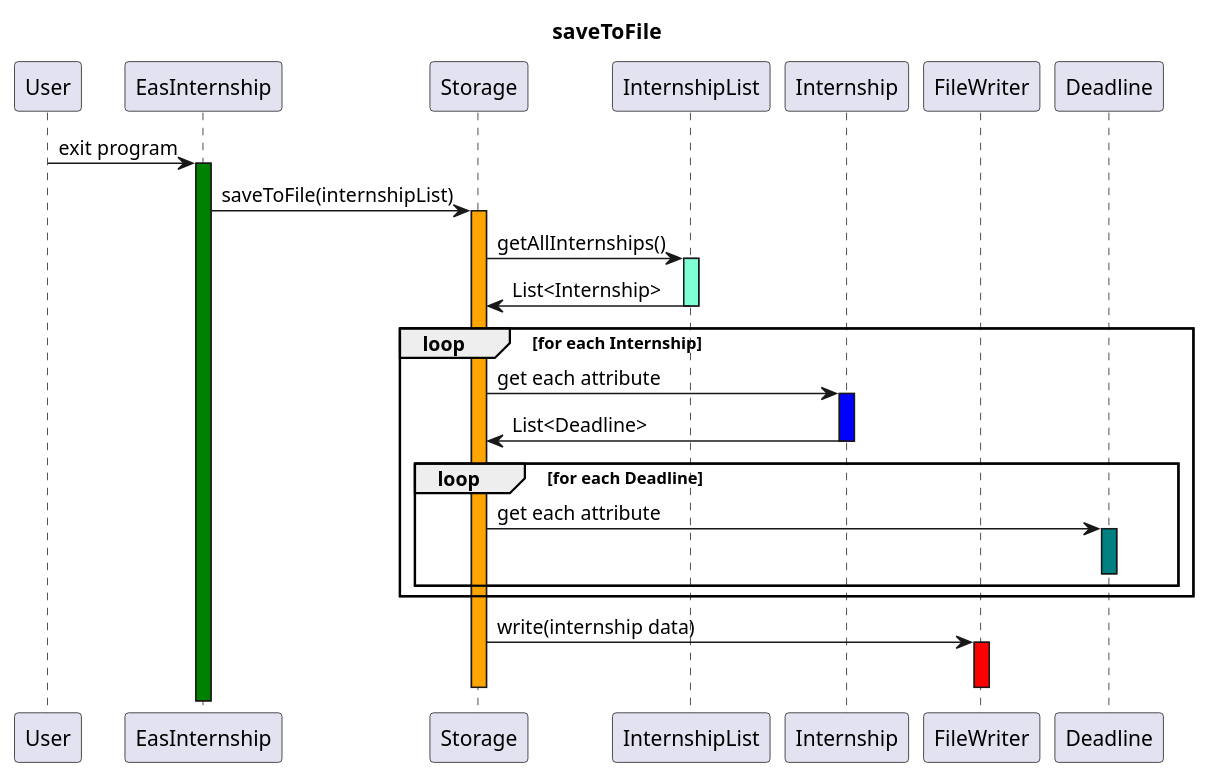
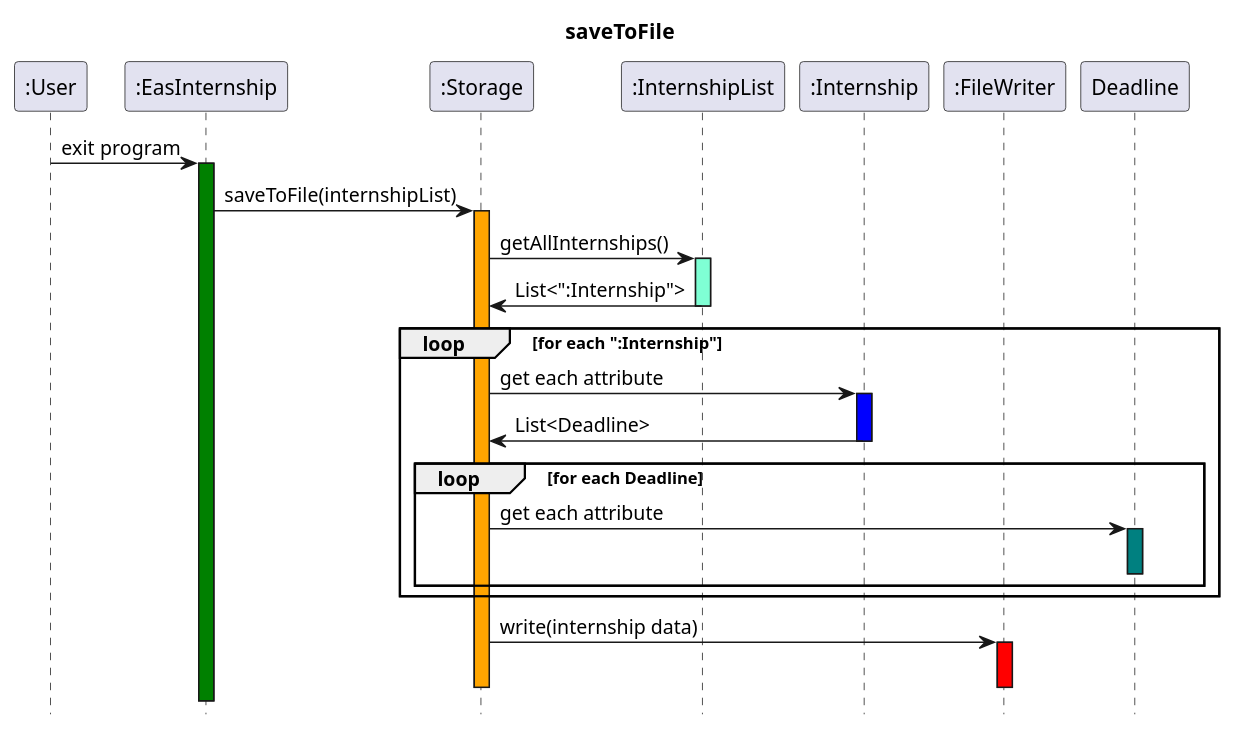
Before and after one commit to nus-cs2113-AY2425S1/tp: the diagram in docs/UML/saveToFile.puml, drawn with PlantUML. The commit also changed 8 other files, not shown here.

Commit message:
edited plantUML diagrams

```diff
--- a/docs/UML/saveToFile.puml
+++ b/docs/UML/saveToFile.puml
@@ -1,36 +1,36 @@
 @startuml
 Title saveToFile
+hide footbox
+participant ":User"
+participant ":EasInternship"
+participant ":Storage"
+participant ":InternshipList"
+participant ":Internship"
+participant ":FileWriter"
 
-participant User
-participant EasInternship
-participant Storage
-participant InternshipList
-participant Internship
-participant FileWriter
+":User" -> ":EasInternship": exit program
+activate ":EasInternship" #green
+":EasInternship" -> ":Storage" : saveToFile(internshipList)
+activate ":Storage" #orange
+":Storage" -> ":InternshipList" : getAllInternships()
+activate ":InternshipList" #aquamarine
+":InternshipList" -> ":Storage" : List<":Internship">
+deactivate ":InternshipList"
 
-User -> EasInternship: exit program
-activate EasInternship #green
-EasInternship -> Storage : saveToFile(internshipList)
-activate Storage #orange
-Storage -> InternshipList : getAllInternships()
-activate InternshipList #aquamarine
-InternshipList -> Storage : List<Internship>
-deactivate InternshipList
-
-loop for each Internship
-Storage-> Internship : get each attribute
-activate Internship #blue
-Internship -> Storage : List<Deadline>
-deactivate Internship
+loop for each ":Internship"
+":Storage"-> ":Internship" : get each attribute
+activate ":Internship" #blue
+":Internship" -> ":Storage" : List<Deadline>
+deactivate ":Internship"
     loop for each Deadline
-        Storage -> Deadline : get each attribute
+        ":Storage" -> Deadline : get each attribute
         activate Deadline  #teal
         deactivate Deadline
     end
 end
 
-Storage -> FileWriter : write(internship data)
-activate FileWriter #red
-deactivate FileWriter
-deactivate Storage
+":Storage" -> ":FileWriter" : write(internship data)
+activate ":FileWriter" #red
+deactivate ":FileWriter"
+deactivate ":Storage"
 @enduml
```
